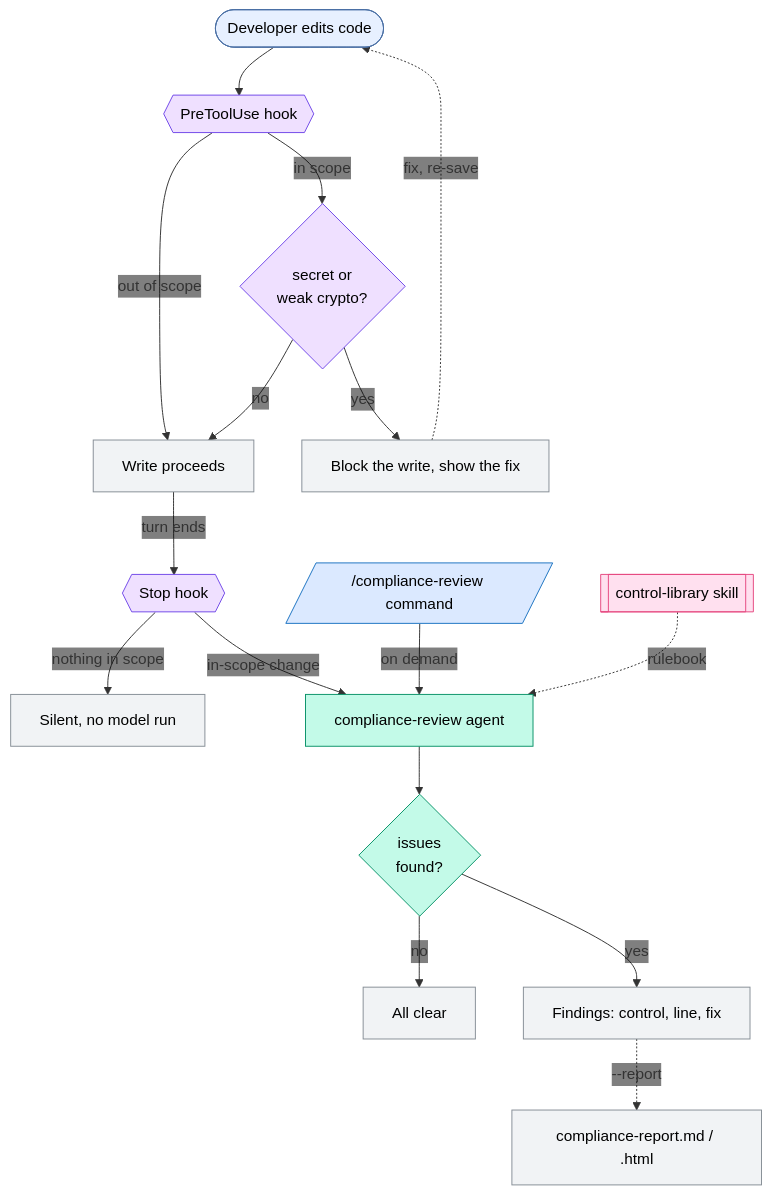
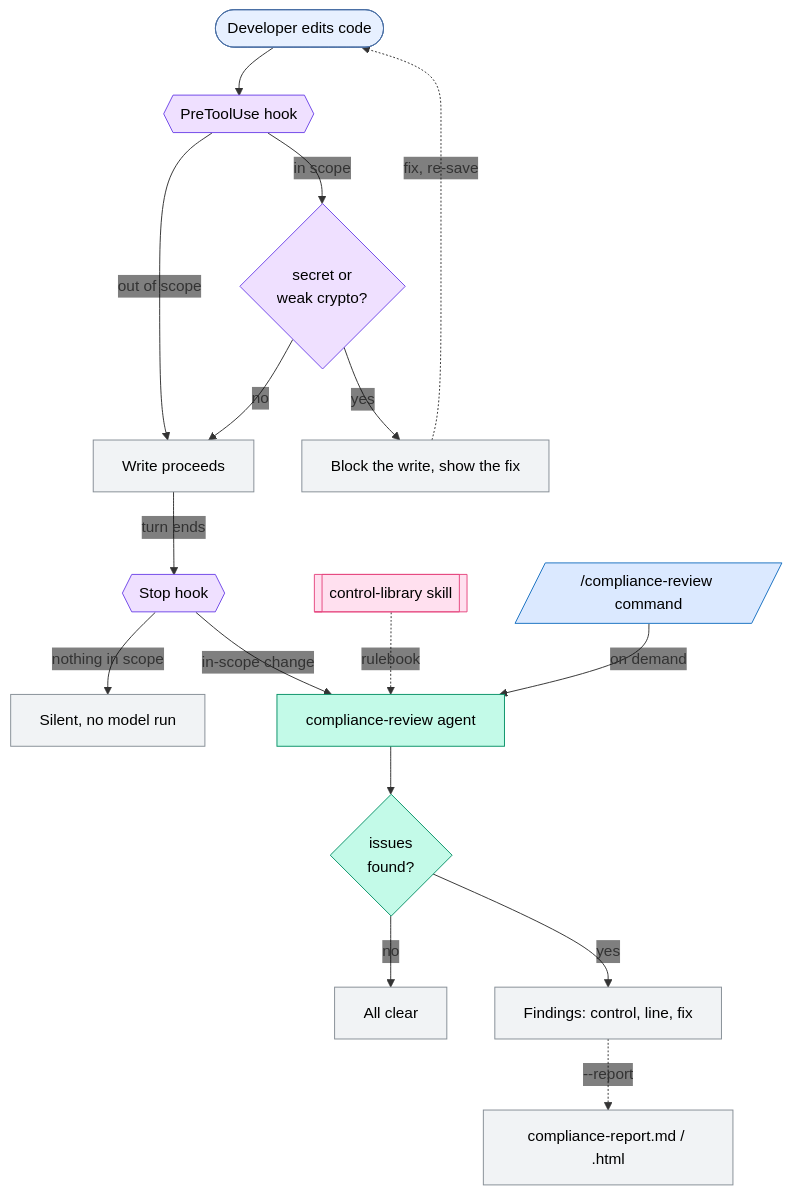
The second of 2 diagrams in README.md (Juantomasgomez7/compliance-support), drawn with Mermaid before and after one commit. The commit also changed other lines of this file, not shown here.

First line of the commit message:
docs: center the control-library skill in the architecture diagram

````diff
--- a/README.md
+++ b/README.md
@@ -50,33 +50,33 @@
 ```mermaid
 %%{init: {'themeVariables': {'edgeLabelBackground': 'transparent'}}}%%
 flowchart TD
     classDef human fill:#e7f0ff,stroke:#4a6fa5,color:#000000
     classDef hook fill:#efe0ff,stroke:#7048e8,color:#000000
     classDef agent fill:#c3fae8,stroke:#099268,color:#000000
     classDef skill fill:#ffe0ef,stroke:#e64980,color:#000000
     classDef command fill:#dbe9ff,stroke:#1971c2,color:#000000
     classDef state fill:#f1f3f5,stroke:#868e96,color:#000000
 
     DEV([Developer edits code]) --> H1{{"PreToolUse hook"}}
     H1 -->|"out of scope"| SAVE["Write proceeds"]
     H1 -->|"in scope"| VIOL{"secret or<br/>weak crypto?"}
     VIOL -->|"no"| SAVE
     VIOL -->|"yes"| BLOCK["Block the write, show the fix"]
     BLOCK -.->|"fix, re-save"| DEV
     SAVE -->|"turn ends"| H2{{"Stop hook"}}
     H2 -->|"nothing in scope"| SILENT["Silent, no model run"]
     H2 -->|"in-scope change"| AGENT["compliance-review agent"]
+    SKILL[["control-library skill"]] -.->|"rulebook"| AGENT
     CMD[/"/compliance-review command"/] -->|"on demand"| AGENT
-    SKILL[["control-library skill"]] -.->|"rulebook"| AGENT
     AGENT --> REVIEW{"issues<br/>found?"}
     REVIEW -->|"no"| CLEAN["All clear"]
     REVIEW -->|"yes"| OUT["Findings: control, line, fix"]
     OUT -.->|"--report"| REPORT["compliance-report.md / .html"]
 
     class DEV human
     class H1,H2,VIOL hook
     class AGENT,REVIEW agent
     class SKILL skill
     class CMD command
     class BLOCK,SAVE,SILENT,OUT,CLEAN,REPORT state
 ```
````
